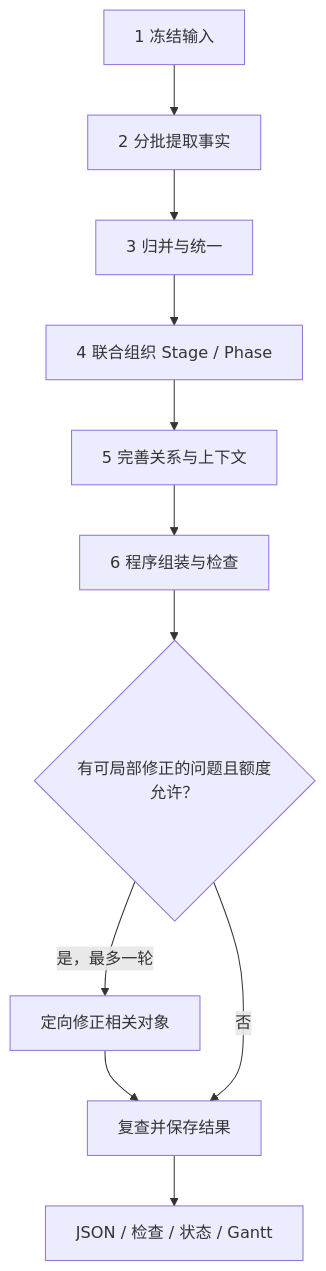
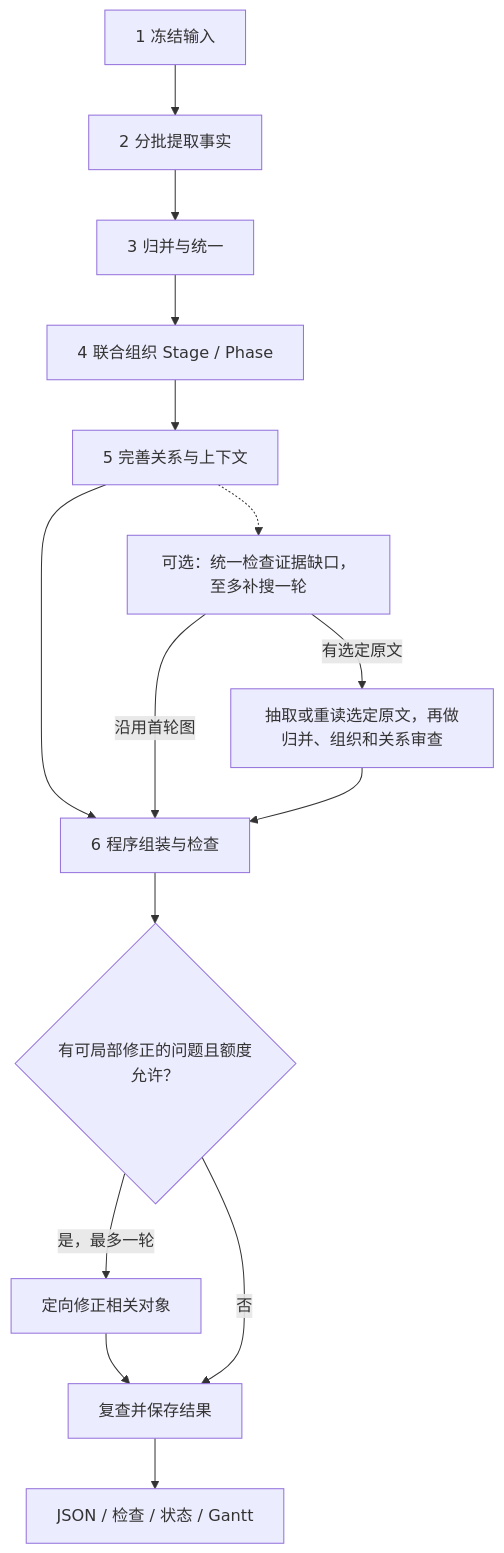
Before and after one commit to AgenticFinLab/FinMycelium: the diagram in docs/person-event-builder/3-construction-flow.md, drawn with Mermaid. The commit also changed other lines of this file and 10 other files, not shown here.

````diff
--- a/docs/person-event-builder/3-construction-flow.md
+++ b/docs/person-event-builder/3-construction-flow.md
@@ -7,13 +7,17 @@
 ```mermaid
 flowchart TD
     I["1 冻结输入"] --> E["2 分批提取事实"]
     E --> F["3 归并与统一"]
     F --> H["4 联合组织 Stage / Phase"]
     H --> C["5 完善关系与上下文"]
     C --> V["6 程序组装与检查"]
+    C -.-> G["可选：统一检查证据缺口，至多补搜一轮"]
+    G -->|有选定原文| A["抽取或重读选定原文，再做归并、组织和关系审查"]
+    G -->|沿用首轮图| V
+    A --> V
     V --> Q{"有可局部修正的问题且额度允许？"}
     Q -->|是，最多一轮| R["定向修正相关对象"]
     R --> K["复查并保存结果"]
     Q -->|否| K
     K --> O["JSON / 检查 / 状态 / Gantt"]
 ```
````
